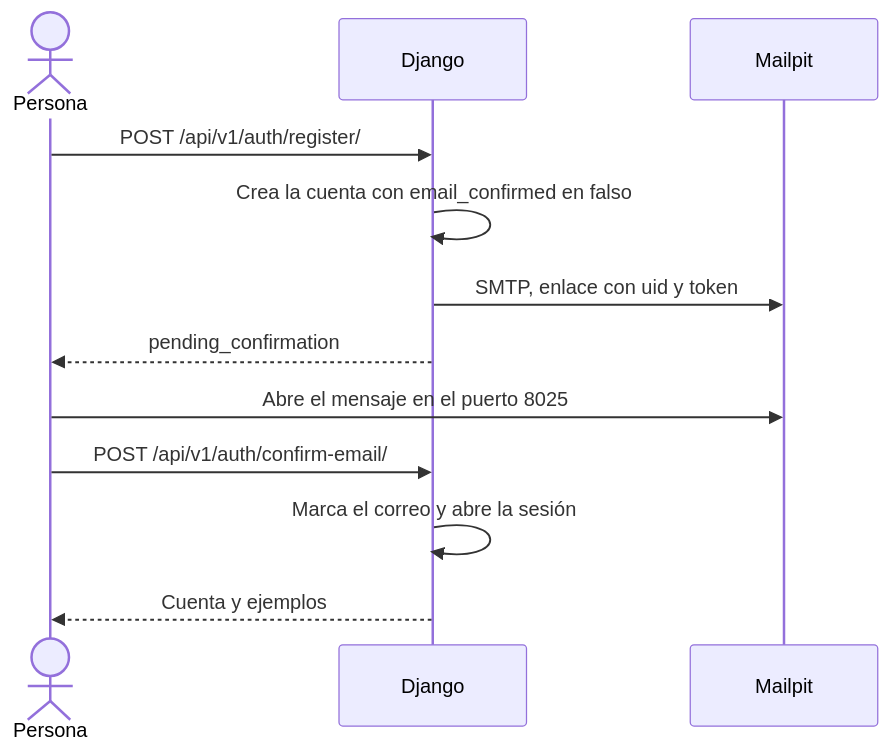
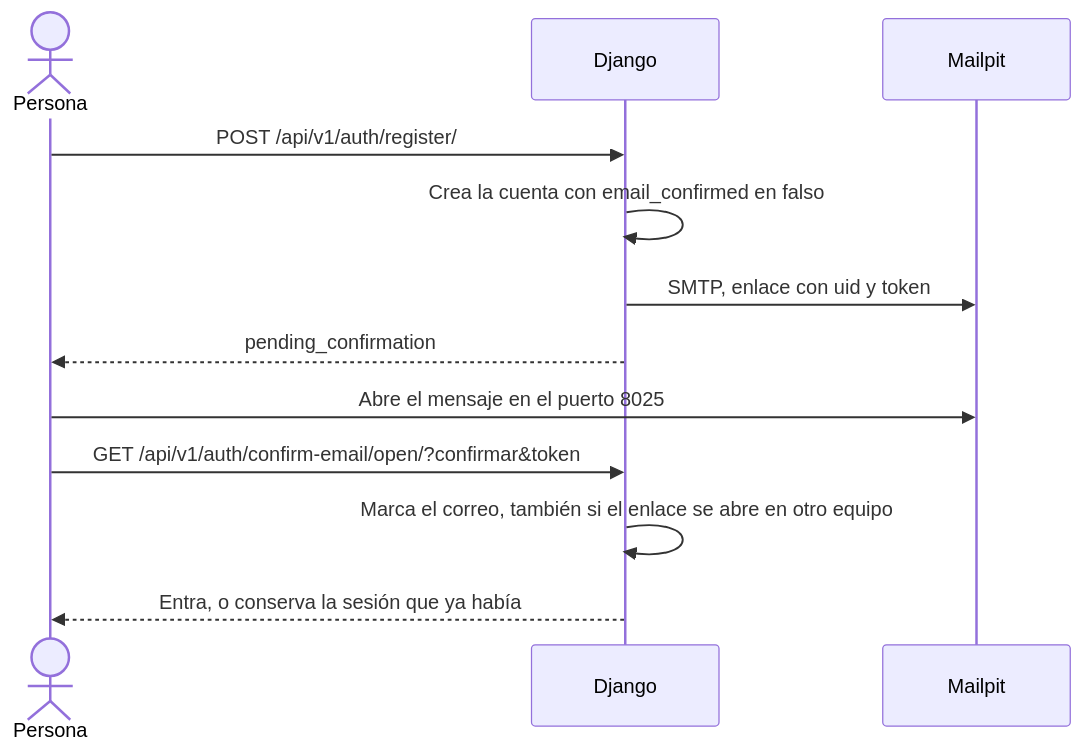
One commit to roque-code/FCDesign_client_server changed the first of 3 diagrams in docs/vistas/diagrama-de-secuencia.md. Above: the diagram before and after it, drawn with Mermaid. The commit also changed 10 other files, not shown here.

Commit message:
se corrige inicio de sesion que solicitaba validar correo cuando este se validaba enotro equipo

````diff
--- a/docs/vistas/diagrama-de-secuencia.md
+++ b/docs/vistas/diagrama-de-secuencia.md
@@ -7,15 +7,15 @@
 ```mermaid
 sequenceDiagram
     actor Persona
     participant Web as Django
     participant Buzon as Mailpit
 
     Persona->>Web: POST /api/v1/auth/register/
     Web->>Web: Crea la cuenta con email_confirmed en falso
     Web->>Buzon: SMTP, enlace con uid y token
     Web-->>Persona: pending_confirmation
     Persona->>Buzon: Abre el mensaje en el puerto 8025
-    Persona->>Web: POST /api/v1/auth/confirm-email/
-    Web->>Web: Marca el correo y abre la sesión
-    Web-->>Persona: Cuenta y ejemplos
+    Persona->>Web: GET /api/v1/auth/confirm-email/open/?confirmar&token
+    Web->>Web: Marca el correo, también si el enlace se abre en otro equipo
+    Web-->>Persona: Entra, o conserva la sesión que ya había
 ```
````
